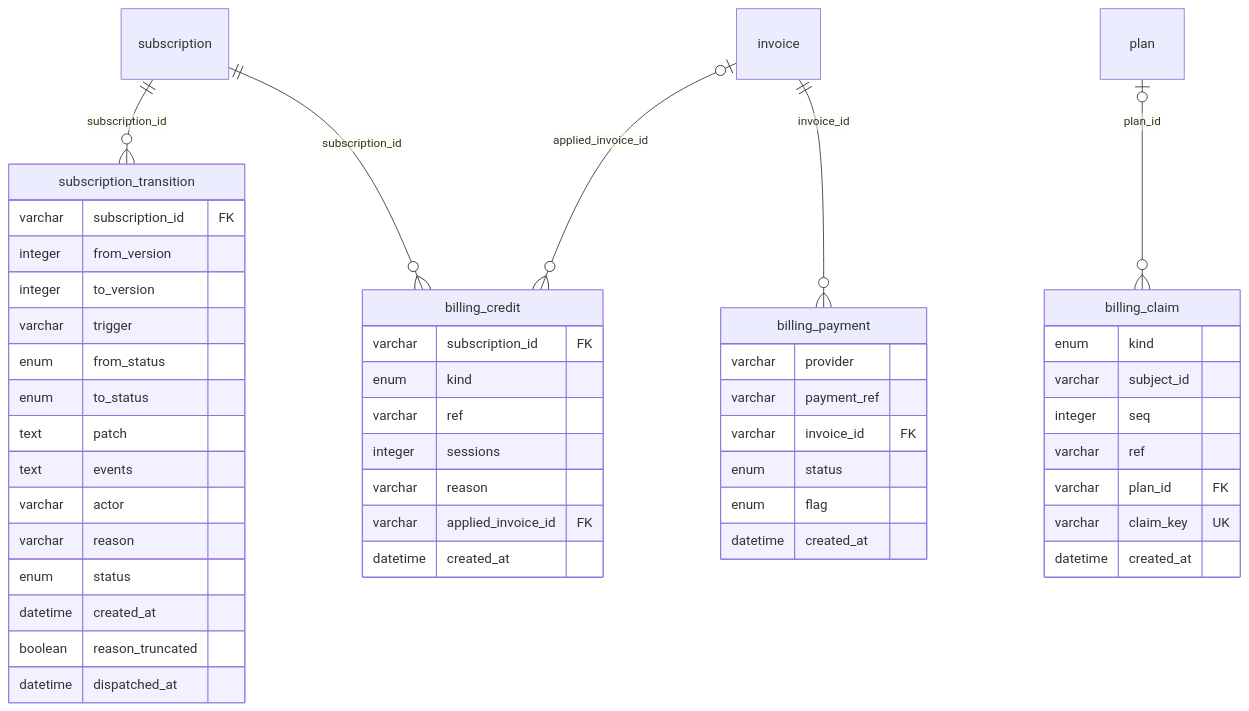
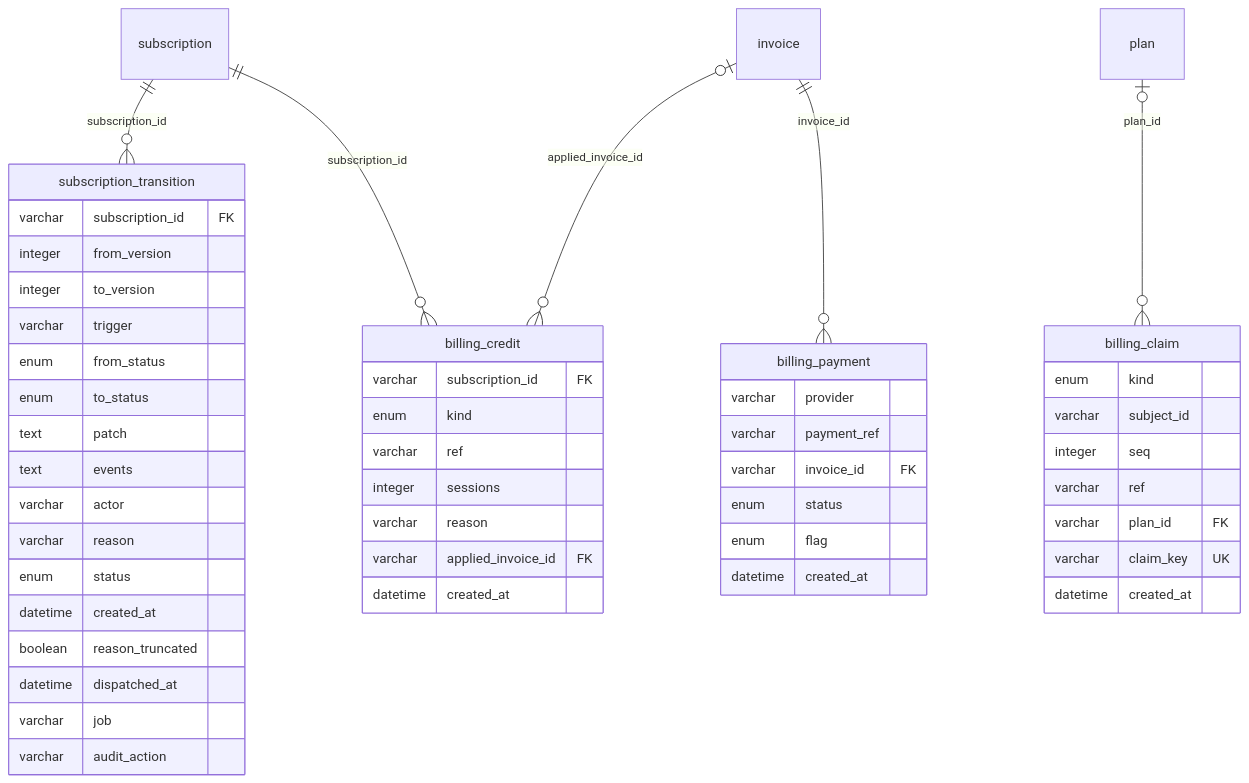
The diagram in docs/erd/billing.md (Matt-Murungi/home-school), drawn with Mermaid before and after one commit. The commit also changed other lines of this file and 21 other files, not shown here.

````diff
--- a/docs/erd/billing.md
+++ b/docs/erd/billing.md
@@ -6,50 +6,52 @@
 ```mermaid
 erDiagram
   subscription_transition {
     varchar subscription_id FK
     integer from_version
     integer to_version
     varchar trigger
     enum from_status
     enum to_status
     text patch
     text events
     varchar actor
     varchar reason
     enum status
     datetime created_at
     boolean reason_truncated
     datetime dispatched_at
+    varchar job
+    varchar audit_action
   }
   billing_credit {
     varchar subscription_id FK
     enum kind
     varchar ref
     integer sessions
     varchar reason
     varchar applied_invoice_id FK
     datetime created_at
   }
   billing_payment {
     varchar provider
     varchar payment_ref
     varchar invoice_id FK
     enum status
     enum flag
     datetime created_at
   }
   billing_claim {
     enum kind
     varchar subject_id
     integer seq
     varchar ref
     varchar plan_id FK
     varchar claim_key UK
     datetime created_at
   }
   subscription ||--o{ subscription_transition : "subscription_id"
   subscription ||--o{ billing_credit : "subscription_id"
   invoice |o--o{ billing_credit : "applied_invoice_id"
   invoice ||--o{ billing_payment : "invoice_id"
   plan |o--o{ billing_claim : "plan_id"
 ```
````
